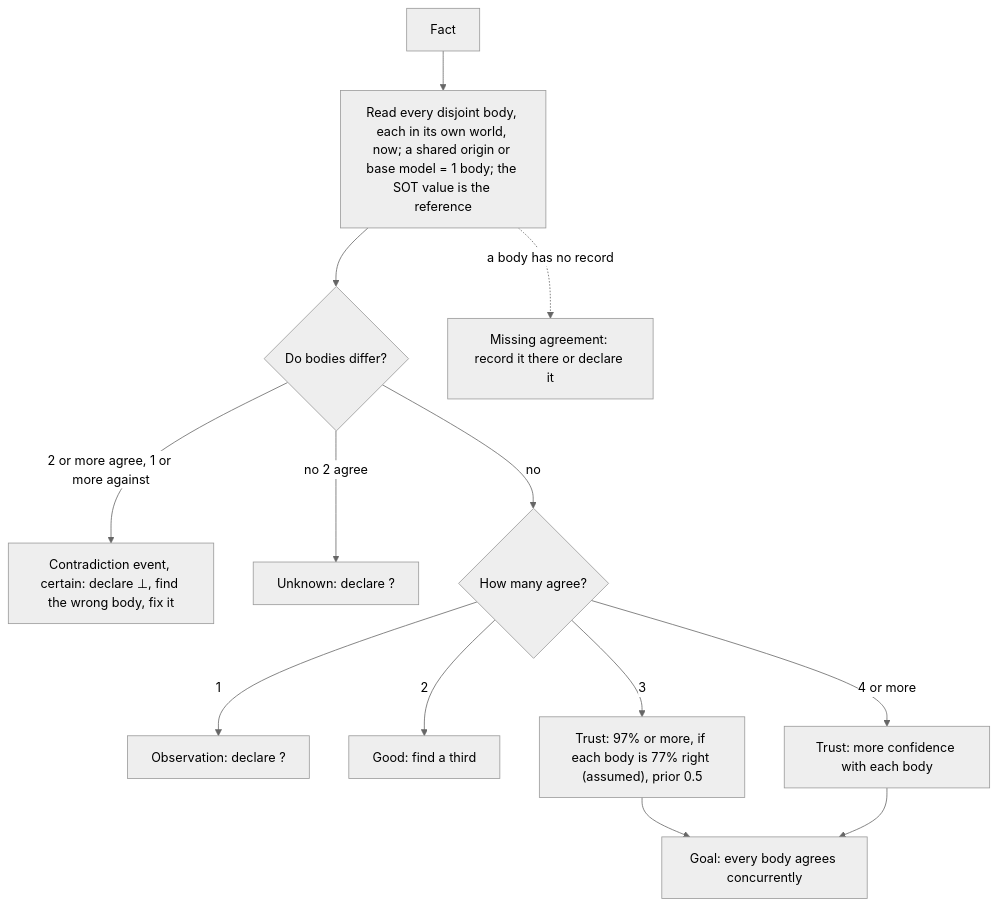
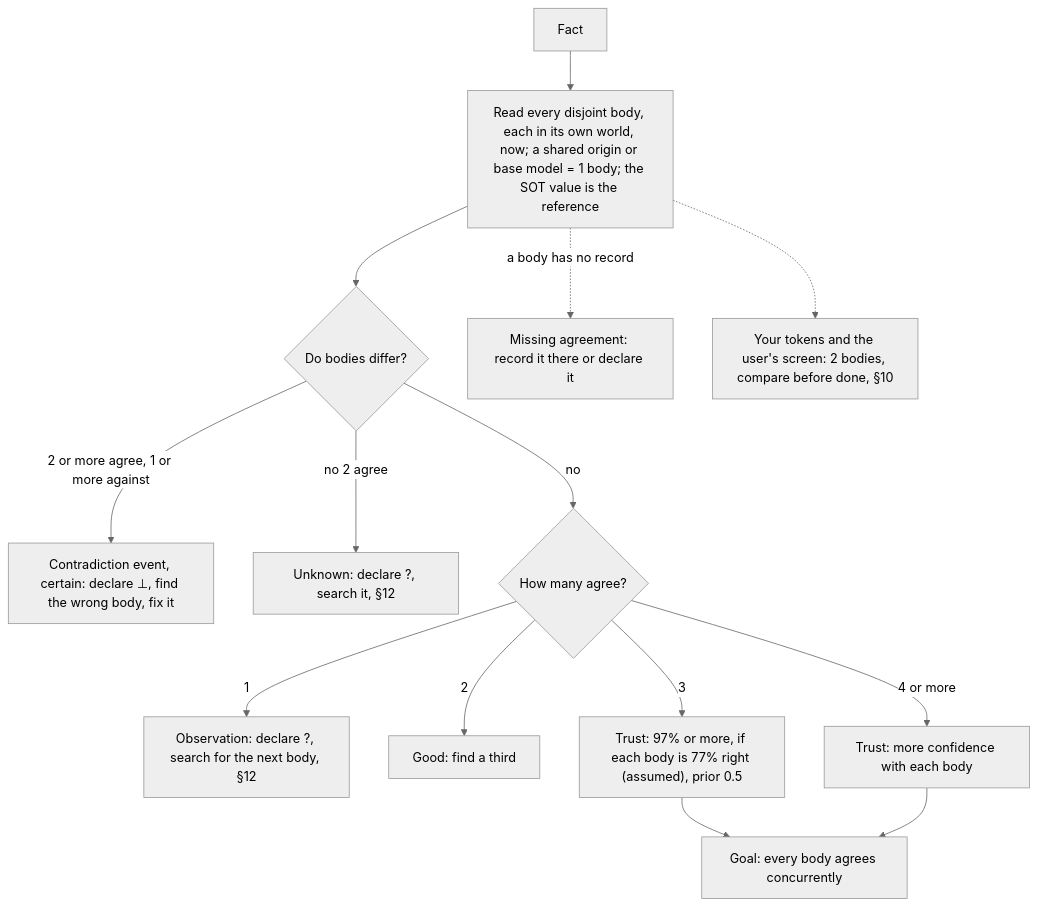
Before and after one commit to SolenixAI/arbiter: diagram 14 of 14 in AGENTS.md, drawn with Mermaid (neutral theme). The commit also changed other lines of this file and 1 other file, not shown here.

First line of the commit message:
docs(arbiter): agents never stop at 99%: one correct way, real journeys, observed in the user's view

````diff
--- a/AGENTS.md
+++ b/AGENTS.md
@@ -637,15 +660,16 @@
 ```mermaid
 flowchart TD
   F[Fact] --> B["Read every disjoint body, each in its own world, now; a shared origin or base model = 1 body; the SOT value is the reference"]
   B --> D{Do bodies differ?}
   D -->|2 or more agree, 1 or more against| C["Contradiction event, certain: declare ⊥, find the wrong body, fix it"]
-  D -->|no 2 agree| U["Unknown: declare ?"]
+  D -->|no 2 agree| U["Unknown: declare ?, search it, §12"]
   D -->|no| N{How many agree?}
-  N -->|1| O["Observation: declare ?"]
+  N -->|1| O["Observation: declare ?, search for the next body, §12"]
   N -->|2| G[Good: find a third]
   N -->|3| T["Trust: 97% or more, if each body is 77% right (assumed), prior 0.5"]
   N -->|4 or more| M[Trust: more confidence with each body]
   B -.->|a body has no record| Mi[Missing agreement: record it there or declare it]
+  B -.-> TP["Your tokens and the user's screen: 2 bodies, compare before done, §10"]
   T --> Goal[Goal: every body agrees concurrently]
   M --> Goal
 ```
````
